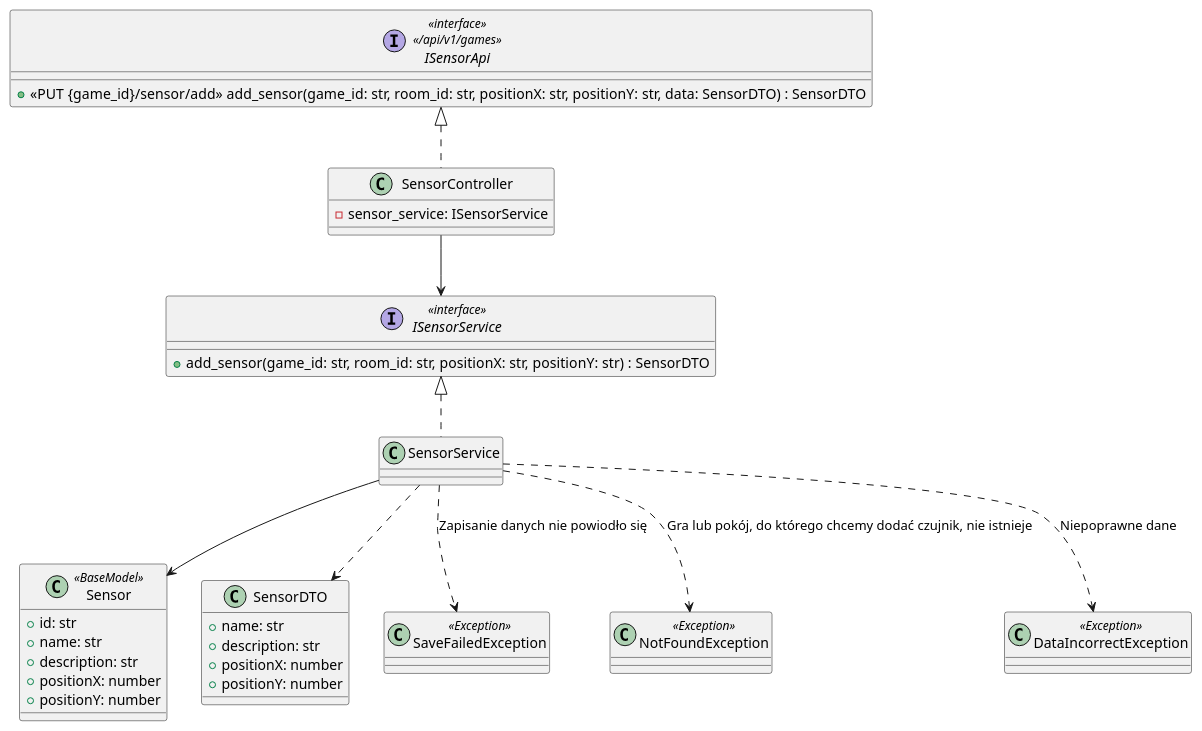
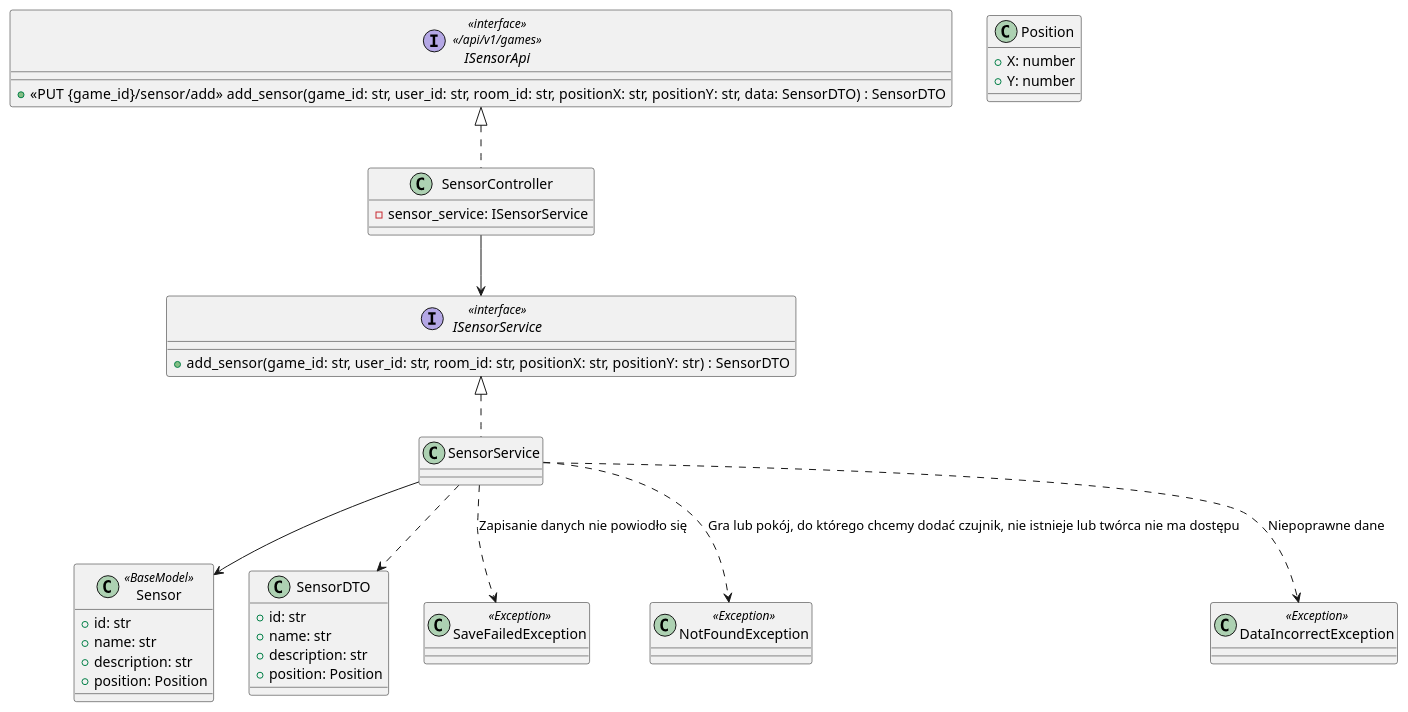
One commit to Igor-Ochocki/POP-2026Z changed the diagram in diagrams/backend/sensor-definition.md. Above: the diagram before and after it, drawn with PlantUML.

Commit message:
Add user_id and Position

````diff
--- a/diagrams/backend/sensor-definition.md
+++ b/diagrams/backend/sensor-definition.md
@@ -1,51 +1,55 @@
 ```plantuml
 interface ISensorApi <<interface>> \n<< /api/v1/games >> {
-    + <<PUT {game_id}/sensor/add>> add_sensor(game_id: str, room_id: str, positionX: str, positionY: str, data: SensorDTO) : SensorDTO
+    + <<PUT {game_id}/sensor/add>> add_sensor(game_id: str, user_id: str, room_id: str, positionX: str, positionY: str, data: SensorDTO) : SensorDTO
 }
 
 class SensorController implements ISensorApi {
     - sensor_service: ISensorService
 }
 
 interface ISensorService <<interface>> {
-    + add_sensor(game_id: str, room_id: str, positionX: str, positionY: str) : SensorDTO
+    + add_sensor(game_id: str, user_id: str, room_id: str, positionX: str, positionY: str) : SensorDTO
 }
 
 SensorController --> ISensorService
 
 class SensorService implements ISensorService {
 }
 
 class Sensor <<BaseModel>> {
     + id: str
     + name: str
     + description: str
-    + positionX: number
-    + positionY: number
+    + position: Position
 }
 
 class SensorDTO {
+    + id: str
     + name: str
     + description: str
-    + positionX: number
-    + positionY: number
+    + position: Position
+}
+
+class Position {
+    + X: number
+    + Y: number
 }
 
 class SaveFailedException <<Exception>> {
 
 }
 
 class NotFoundException <<Exception>> {
 
 }
 
 class DataIncorrectException <<Exception>> {
 
 }
 
 SensorService --> Sensor
 SensorService ..> SensorDTO
-SensorService ..> NotFoundException : Gra lub pokój, do którego chcemy dodać czujnik, nie istnieje
+SensorService ..> NotFoundException : Gra lub pokój, do którego chcemy dodać czujnik, nie istnieje lub twórca nie ma dostępu
 SensorService ..> DataIncorrectException : Niepoprawne dane
 SensorService ..> SaveFailedException : Zapisanie danych nie powiodło się
 ```
````
